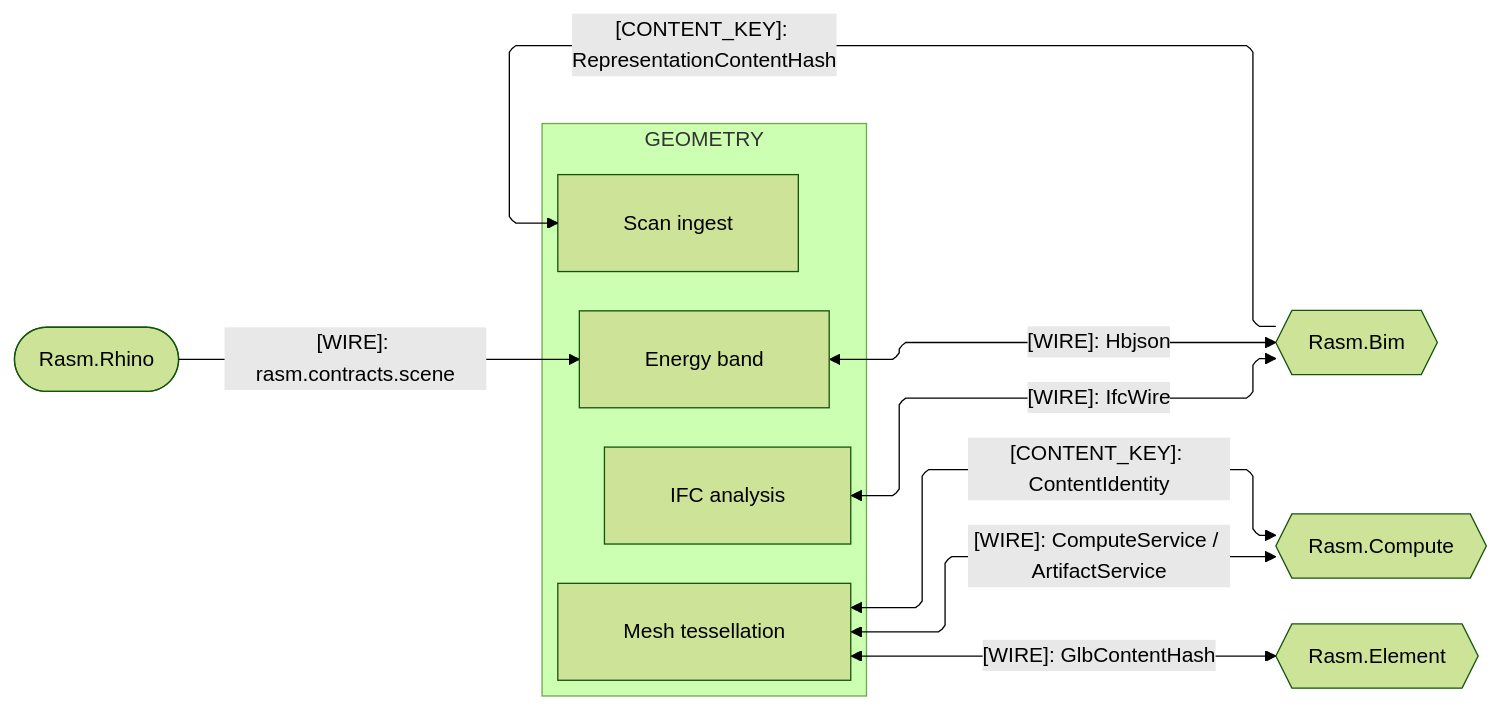
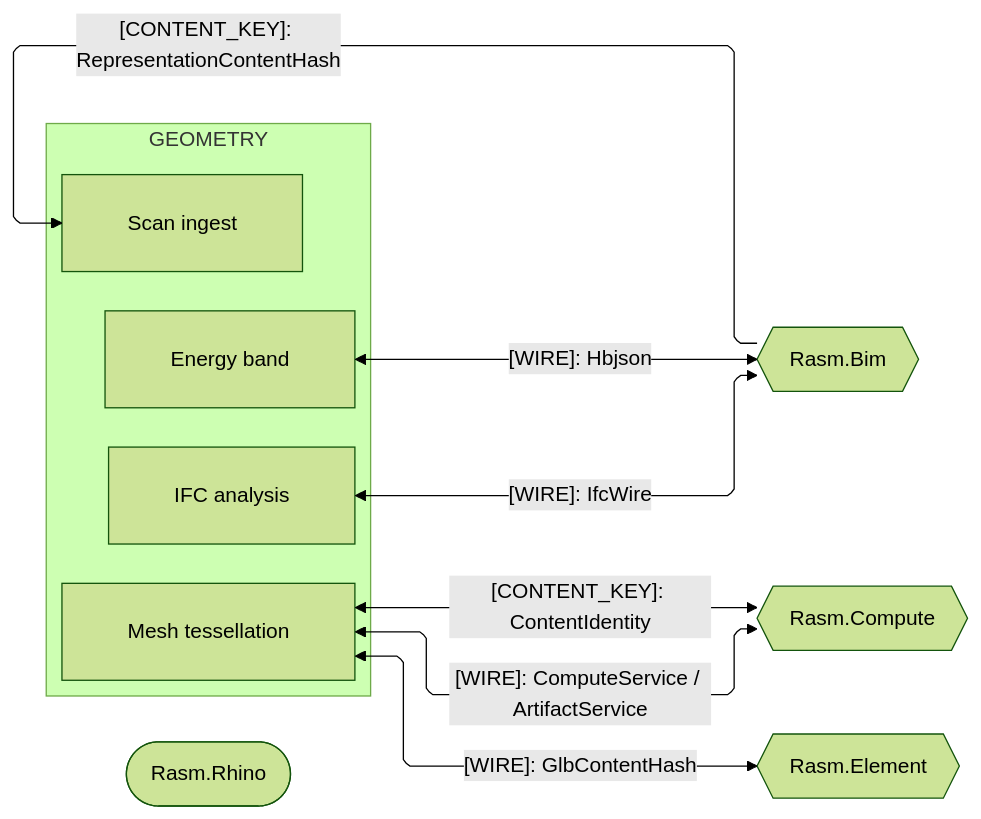
The second of 4 diagrams in libs/python/geometry/ARCHITECTURE.md (bsamiee/Rasm), drawn with Mermaid (forest theme) before and after one commit. The commit also changed other lines of this file and 616 other files, not shown here.

````diff
--- a/libs/python/geometry/ARCHITECTURE.md
+++ b/libs/python/geometry/ARCHITECTURE.md
@@ -91,29 +90,28 @@
 ```mermaid
 ---
 config:
   layout: elk
   flowchart:
     curve: linear
     padding: 25
 ---
 flowchart LR
     accTitle: Geometry cross-runtime .NET peer seams
     accDescr: Which kinded contracts cross between the geometry owners and the .NET peers.
     subgraph geometry[GEOMETRY]
         Mesh[Mesh tessellation]
         Ifc[IFC analysis]
         Scan[Scan ingest]
         Energy[Energy band]
     end
     Bim{{Rasm.Bim}}
     Compute{{Rasm.Compute}}
     Element{{Rasm.Element}}
     Rhino([Rasm.Rhino])
     Mesh e1@<-->|"[WIRE]: ComputeService / ArtifactService"| Compute
     Mesh e2@<-->|"[CONTENT_KEY]: ContentIdentity"| Compute
     Mesh e3@<-->|"[WIRE]: GlbContentHash"| Element
     Ifc e4@<-->|"[WIRE]: IfcWire"| Bim
     Bim e6@-->|"[CONTENT_KEY]: RepresentationContentHash"| Scan
     Energy e7@<-->|"[WIRE]: Hbjson"| Bim
-    Rhino e8@-->|"[WIRE]: rasm.contracts.scene"| Energy
 ```
````
